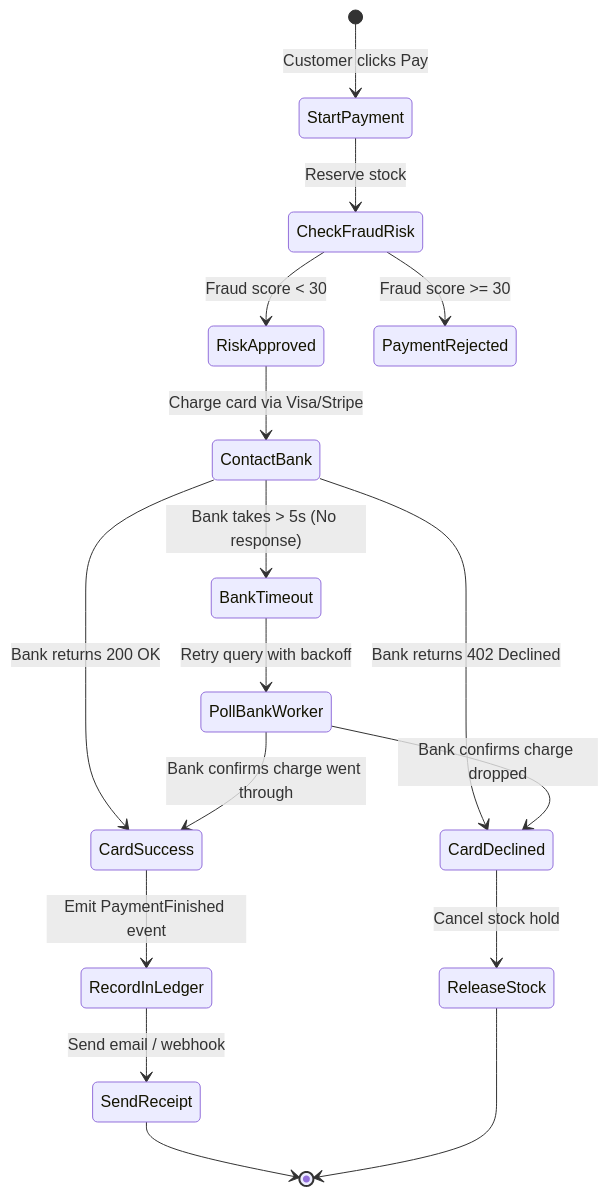
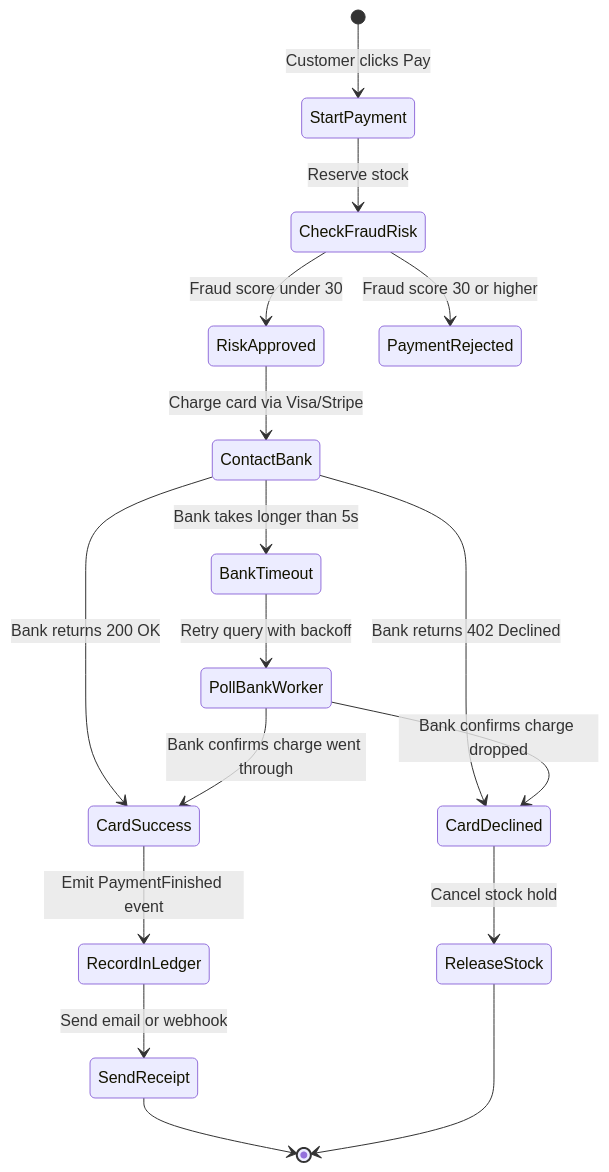
One commit to Rumman90/system-design-payment-gateway-ledger changed the diagram in docs/distributed_transactions_saga.md. Above: the diagram before and after it, drawn with Mermaid. The commit also changed 3 other files, not shown here.

Commit message:
Fix mermaid diagram syntax for GitHub rendering

````diff
--- a/docs/distributed_transactions_saga.md
+++ b/docs/distributed_transactions_saga.md
@@ -20,24 +20,24 @@
 ```mermaid
 stateDiagram-v2
     [*] --> StartPayment: Customer clicks Pay
     StartPayment --> CheckFraudRisk: Reserve stock
-    CheckFraudRisk --> RiskApproved: Fraud score < 30
-    CheckFraudRisk --> PaymentRejected: Fraud score >= 30
+    CheckFraudRisk --> RiskApproved: Fraud score under 30
+    CheckFraudRisk --> PaymentRejected: Fraud score 30 or higher
 
     RiskApproved --> ContactBank: Charge card via Visa/Stripe
     
     ContactBank --> CardSuccess: Bank returns 200 OK
     ContactBank --> CardDeclined: Bank returns 402 Declined
-    ContactBank --> BankTimeout: Bank takes > 5s (No response)
+    ContactBank --> BankTimeout: Bank takes longer than 5s
 
     CardSuccess --> RecordInLedger: Emit PaymentFinished event
-    RecordInLedger --> SendReceipt: Send email / webhook
+    RecordInLedger --> SendReceipt: Send email or webhook
     SendReceipt --> [*]
 
     CardDeclined --> ReleaseStock: Cancel stock hold
     ReleaseStock --> [*]
 
     BankTimeout --> PollBankWorker: Retry query with backoff
     PollBankWorker --> CardSuccess: Bank confirms charge went through
     PollBankWorker --> CardDeclined: Bank confirms charge dropped
 ```
````
